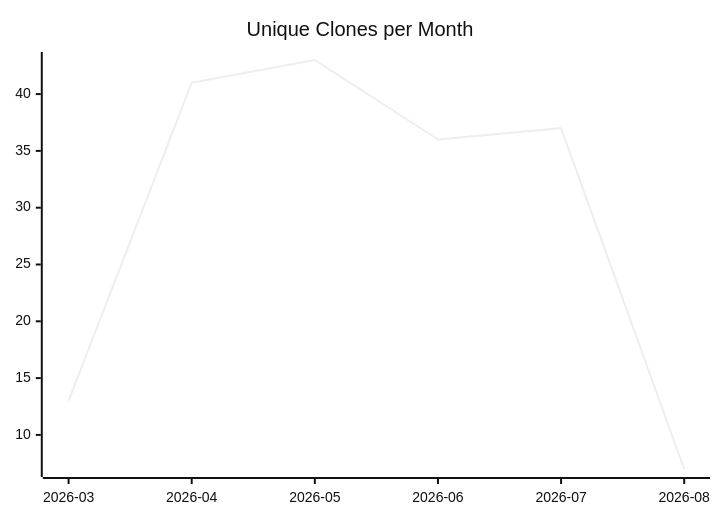
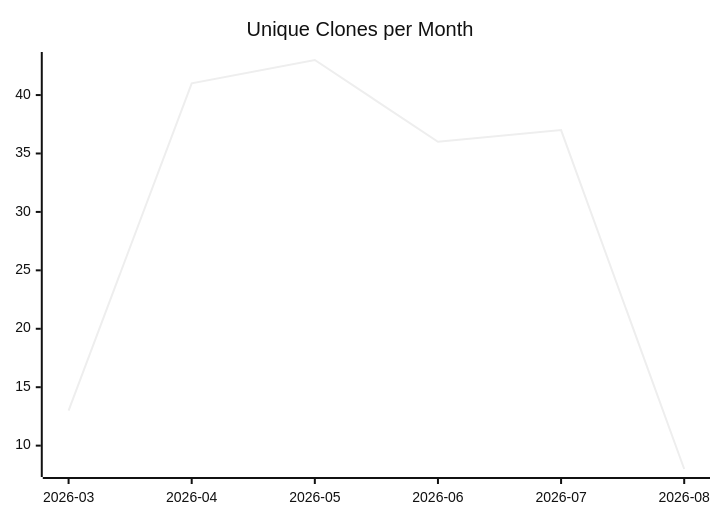
One commit to justdavis-family/github-analytics-data changed the third of 3 diagrams in karlmdavis/usgs-water-api-java/README.md. Above: the diagram before and after it, drawn with Mermaid (neutral theme). The commit also changed other lines of this file and 160 other files, not shown here.

````diff
--- a/karlmdavis/usgs-water-api-java/README.md
+++ b/karlmdavis/usgs-water-api-java/README.md
@@ -19,6 +19,6 @@
 ```mermaid
 xychart-beta
   title "Unique Clones per Month"
   x-axis ["2026-03", "2026-04", "2026-05", "2026-06", "2026-07", "2026-08"]
-  line [13, 41, 43, 36, 37, 7]
+  line [13, 41, 43, 36, 37, 8]
 ```
````
